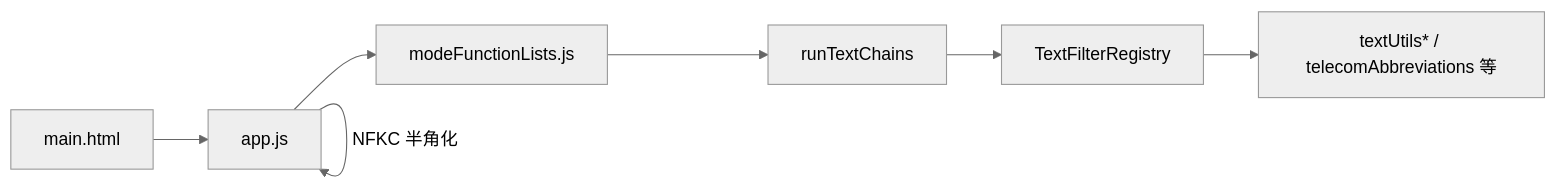
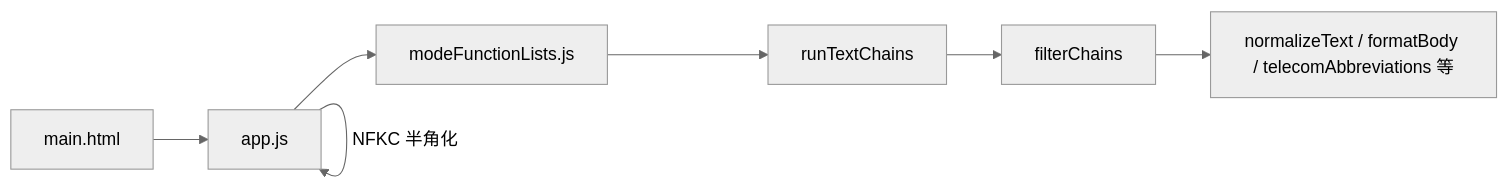
Before and after one commit to tmusimesabaoi4i/Patent_Decision_Document_Converter_v2: the diagram in filterRegistry/filterRegistry.md, drawn with Mermaid (neutral theme). The commit also changed other lines of this file and 2 other files, not shown here.

````diff
--- a/filterRegistry/filterRegistry.md
+++ b/filterRegistry/filterRegistry.md
@@ -13,16 +13,16 @@
 ```mermaid
 flowchart LR
   UI["main.html"]
   App["app.js"]
   Modes["modeFunctionLists.js"]
   Chains["runTextChains"]
-  Registry["TextFilterRegistry"]
-  Filters["textUtils* / telecomAbbreviations 等"]
+  Registry["filterChains"]
+  Filters["normalizeText / formatBody / telecomAbbreviations 等"]
 
   UI --> App
   App -->|"NFKC 半角化"| App
   App --> Modes
   Modes --> Chains
   Chains --> Registry
   Registry --> Filters
 ```
````
